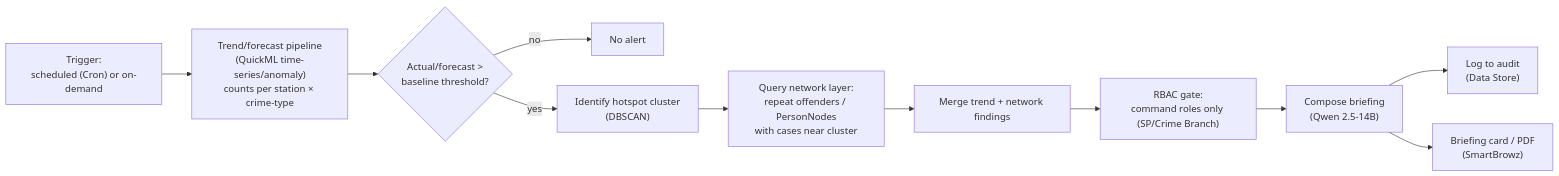
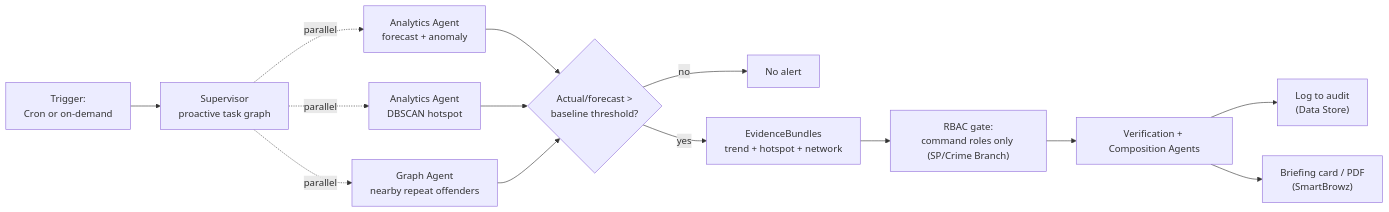
One commit to SHYAMSUNDAR2396/ksp-crime-copilot changed the seventh of 8 diagrams in PLAN.md. Above: the diagram before and after it, drawn with Mermaid. The commit also changed other lines of this file and 1 other file, not shown here.

````diff
--- a/PLAN.md
+++ b/PLAN.md
@@ -272,13 +354,14 @@
 ```mermaid
 flowchart LR
-  TRIG["Trigger:<br/>scheduled (Cron) or on-demand"] --> TREND["Trend/forecast pipeline<br/>(QuickML time-series/anomaly)<br/>counts per station × crime-type"]
-  TREND --> THRESH{"Actual/forecast ><br/>baseline threshold?"}
+  TRIG["Trigger:<br/>Cron or on-demand"] --> SUP["Supervisor<br/>proactive task graph"]
+  SUP -. parallel .-> TREND["Analytics Agent<br/>forecast + anomaly"]
+  SUP -. parallel .-> HOT["Analytics Agent<br/>DBSCAN hotspot"]
+  SUP -. parallel .-> NET["Graph Agent<br/>nearby repeat offenders"]
+  TREND & HOT & NET --> THRESH{"Actual/forecast ><br/>baseline threshold?"}
   THRESH -- no --> IDLE["No alert"]
-  THRESH -- yes --> HOT["Identify hotspot cluster<br/>(DBSCAN)"]
-  HOT --> NET["Query network layer:<br/>repeat offenders / PersonNodes<br/>with cases near cluster"]
-  NET --> MERGE["Merge trend + network findings"]
+  THRESH -- yes --> MERGE["EvidenceBundles<br/>trend + hotspot + network"]
   MERGE --> RBACG["RBAC gate:<br/>command roles only (SP/Crime Branch)"]
-  RBACG --> COMP["Compose briefing<br/>(Qwen 2.5-14B)"]
+  RBACG --> COMP["Verification + Composition Agents"]
   COMP --> LOG["Log to audit<br/>(Data Store)"]
   COMP --> OUT["Briefing card / PDF<br/>(SmartBrowz)"]
 ```
````
